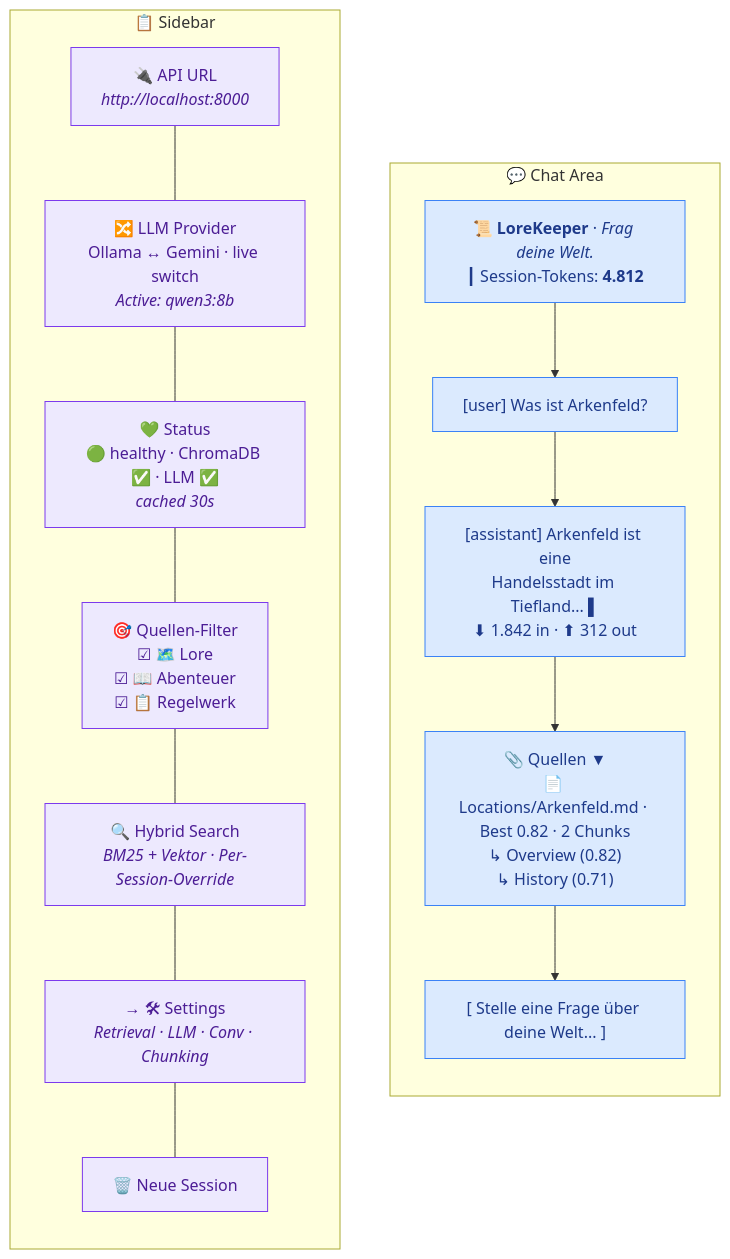
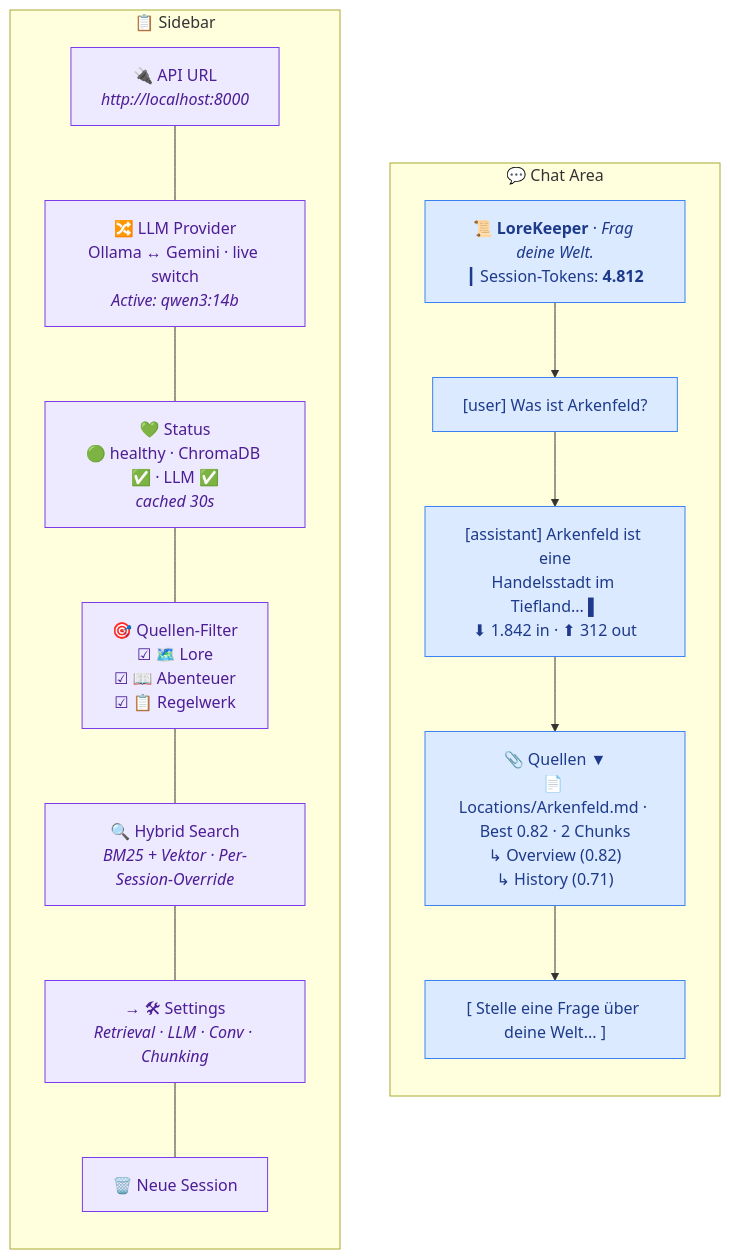
One commit to FabianHentrich/lorekeeper changed the first of 2 diagrams in docs/ui-ux.md. Above: the diagram before and after it, drawn with Mermaid. The commit also changed 7 other files, not shown here.

First line of the commit message:
Update docs and OllamaConfig default to qwen3:14b

````diff
--- a/docs/ui-ux.md
+++ b/docs/ui-ux.md
@@ -21,31 +21,31 @@
 ```mermaid
 flowchart LR
     subgraph SIDEBAR["📋 Sidebar"]
         direction TB
         S1["🔌 API URL<br/><i>http://localhost:8000</i>"]
-        S2["🔀 LLM Provider<br/>Ollama ↔ Gemini · live switch<br/><i>Active: qwen3:8b</i>"]
+        S2["🔀 LLM Provider<br/>Ollama ↔ Gemini · live switch<br/><i>Active: qwen3:14b</i>"]
         S3["💚 Status<br/>🟢 healthy · ChromaDB ✅ · LLM ✅<br/><i>cached 30s</i>"]
         S4["🎯 Quellen-Filter<br/>☑ 🗺️ Lore<br/>☑ 📖 Abenteuer<br/>☑ 📋 Regelwerk"]
         S5["🔍 Hybrid Search<br/><i>BM25 + Vektor · Per-Session-Override</i>"]
         S6["→ 🛠 Settings<br/><i>Retrieval · LLM · Conv · Chunking</i>"]
         S7["🗑️ Neue Session"]
         S1 --- S2 --- S3 --- S4 --- S5 --- S6 --- S7
     end
 
     subgraph CHAT["💬 Chat Area"]
         direction TB
         C1["📜 <b>LoreKeeper</b> · <i>Frag deine Welt.</i><br/>┃ Session-Tokens: <b>4.812</b>"]
         C2["[user] Was ist Arkenfeld?"]
         C3["[assistant] Arkenfeld ist eine<br/>Handelsstadt im Tiefland... ▌<br/>⬇ 1.842 in · ⬆ 312 out"]
         C4["📎 Quellen ▼<br/>📄 Locations/Arkenfeld.md · Best 0.82 · 2 Chunks<br/>↳ Overview (0.82)<br/>↳ History (0.71)"]
         C5["[ Stelle eine Frage über deine Welt... ]"]
         C1 --> C2 --> C3 --> C4 --> C5
     end
 
     SIDEBAR ~~~ CHAT
 
     classDef side fill:#ede9fe,stroke:#7c3aed,color:#4c1d95
     classDef chat fill:#dbeafe,stroke:#3b82f6,color:#1e3a8a
     class S1,S2,S3,S4,S5,S6,S7 side
     class C1,C2,C3,C4,C5 chat
 ```
````
